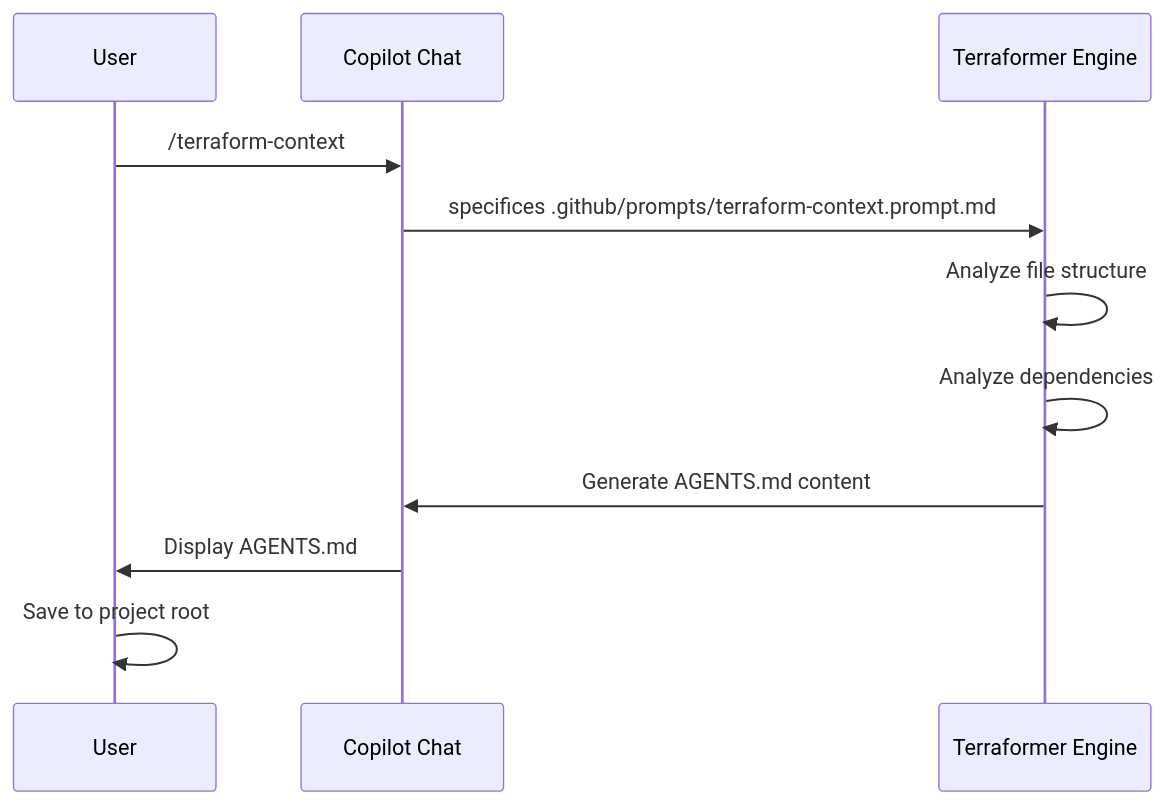
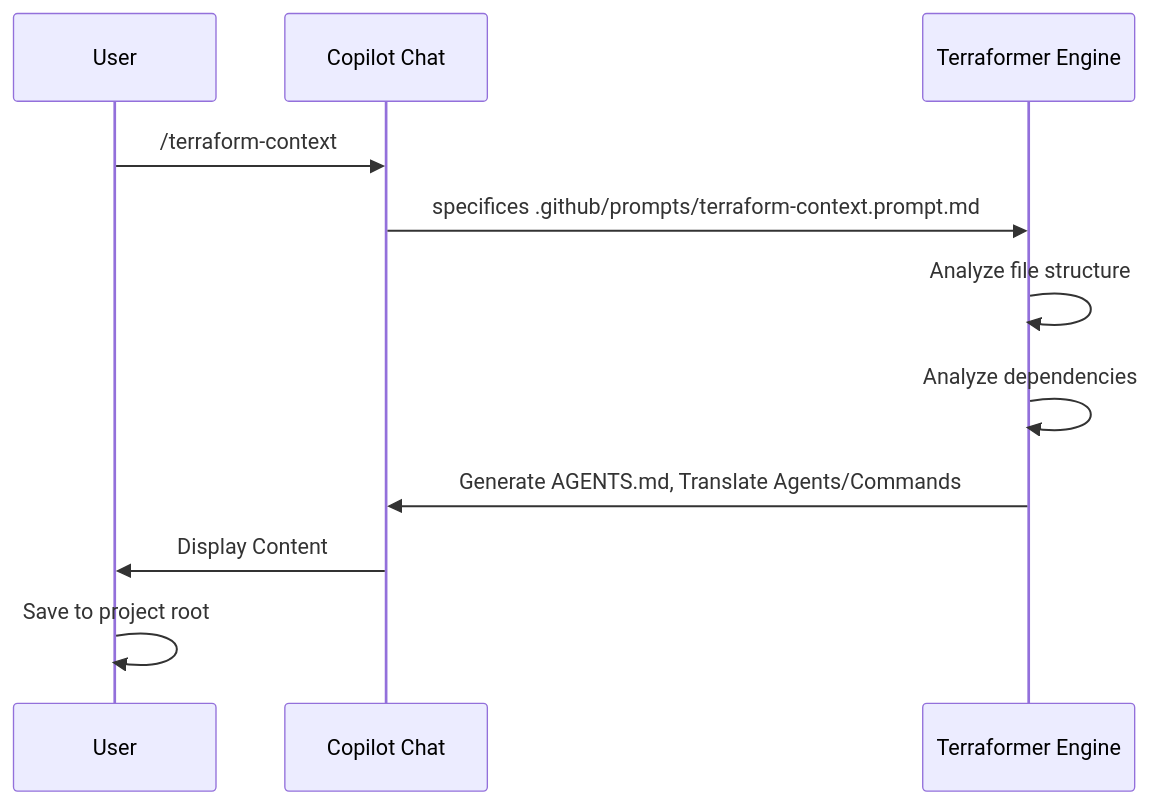
The diagram in docs/architecture/key-flows.md (LongbowXXX/terraformer), drawn with Mermaid before and after one commit. The commit also changed other lines of this file and 8 other files, not shown here.

````diff
--- a/docs/architecture/key-flows.md
+++ b/docs/architecture/key-flows.md
@@ -17,14 +17,14 @@
 ```mermaid
 sequenceDiagram
     participant User
     participant Copilot as Copilot Chat
     participant Engine as Terraformer Engine
 
     User->>Copilot: /terraform-context
     Copilot->>Engine: specifices .github/prompts/terraform-context.prompt.md
     Engine->>Engine: Analyze file structure
     Engine->>Engine: Analyze dependencies
-    Engine->>Copilot: Generate AGENTS.md content
-    Copilot->>User: Display AGENTS.md
+    Engine->>Copilot: Generate AGENTS.md, Translate Agents/Commands
+    Copilot->>User: Display Content
     User->>User: Save to project root
 ```
````
